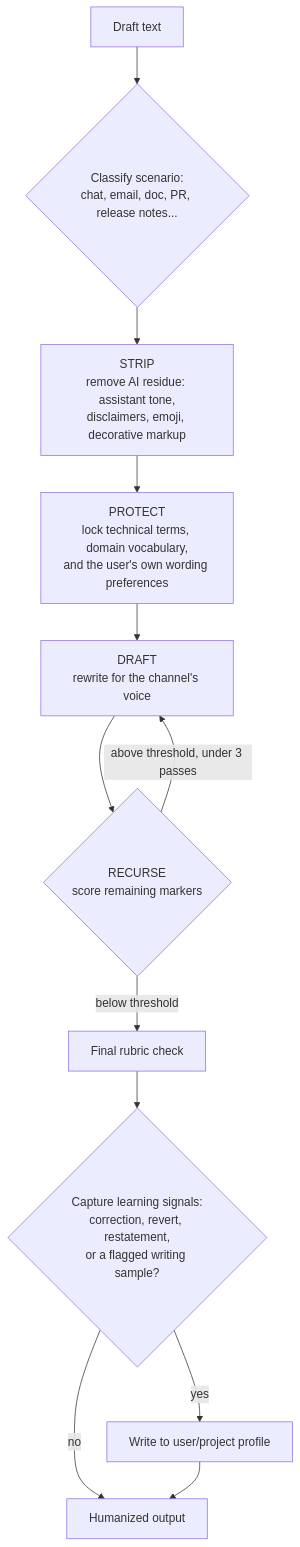
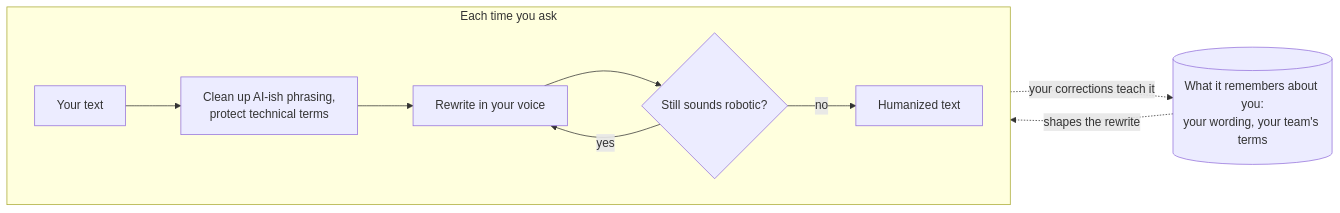
One commit to ClydeShen/tech-humanizer-skill changed the diagram in README.md. Above: the diagram before and after it, drawn with Mermaid. The commit also changed other lines of this file, not shown here.

Commit message:
docs(readme): make the workflow diagram plain-language and show the self-learning loop
The previous diagram used skill-internal jargon (STRIP/PROTECT/DRAFT/RECURSE)
that assumes context a first-time reader doesn't have, and read as purely
linear despite the skill being self-learning. Rework it high-level with
plain-language node labels, and add a dashed loop through a Profile node
showing that corrections feed the *next* rewrite, not the current one.

````diff
--- a/README.md
+++ b/README.md
@@ -44,14 +44,12 @@
 ```mermaid
-flowchart TD
-    A[Draft text] --> B{Classify scenario:<br/>chat, email, doc, PR, release notes...}
-    B --> C[STRIP<br/>remove AI residue: assistant tone,<br/>disclaimers, emoji, decorative markup]
-    C --> D[PROTECT<br/>lock technical terms, domain vocabulary,<br/>and the user's own wording preferences]
-    D --> E[DRAFT<br/>rewrite for the channel's voice]
-    E --> F{RECURSE<br/>score remaining markers}
-    F -->|above threshold, under 3 passes| E
-    F -->|below threshold| G[Final rubric check]
-    G --> I{Capture learning signals:<br/>correction, revert, restatement,<br/>or a flagged writing sample?}
-    I -->|yes| J[Write to user/project profile]
-    I -->|no| H
-    J --> H[Humanized output]
+flowchart LR
+    subgraph Each time you ask
+        direction LR
+        A[Your text] --> B[Clean up AI-ish phrasing,<br/>protect technical terms] --> C[Rewrite in your voice] --> D{Still sounds robotic?}
+        D -->|yes| C
+        D -->|no| Out[Humanized text]
+    end
+    Profile[("What it remembers about you:<br/>your wording, your team's terms")]
+    Profile -. shapes the rewrite .-> B
+    Out -. your corrections teach it .-> Profile
 ```
````
